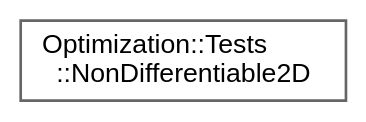
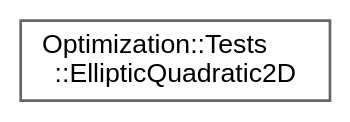
Before and after one commit to jswoo0615/Algorithms_for_Optimization_cpp: the diagram in inherit_graph_32.dot, drawn with Graphviz. The commit also changed 36 other files, not shown here.

```diff
--- a/inherit_graph_32.dot
+++ b/inherit_graph_32.dot
@@ -1,9 +1,9 @@
 digraph "Graphical Class Hierarchy"
 {
  // LATEX_PDF_SIZE
   bgcolor="transparent";
   edge [fontname=Helvetica,fontsize=10,labelfontname=Helvetica,labelfontsize=10];
   node [fontname=Helvetica,fontsize=10,shape=box,height=0.2,width=0.4];
   rankdir="LR";
-  Node0 [id="Node000000",label="Optimization::Tests\l::NonDifferentiable2D",height=0.2,width=0.4,color="grey40", fillcolor="white", style="filled",URL="$structOptimization_1_1Tests_1_1NonDifferentiable2D.html",tooltip="미분 불가능한 2차원 목적 함수 (Non-differentiable Function) f(x) = |x_1| + 2 * |x_2 - 1.0| 전역 최적점: x* = [0...."];
+  Node0 [id="Node000000",label="Optimization::Tests\l::EllipticQuadratic2D",height=0.2,width=0.4,color="grey40", fillcolor="white", style="filled",URL="$structOptimization_1_1Tests_1_1EllipticQuadratic2D.html",tooltip=" "];
 }
```
